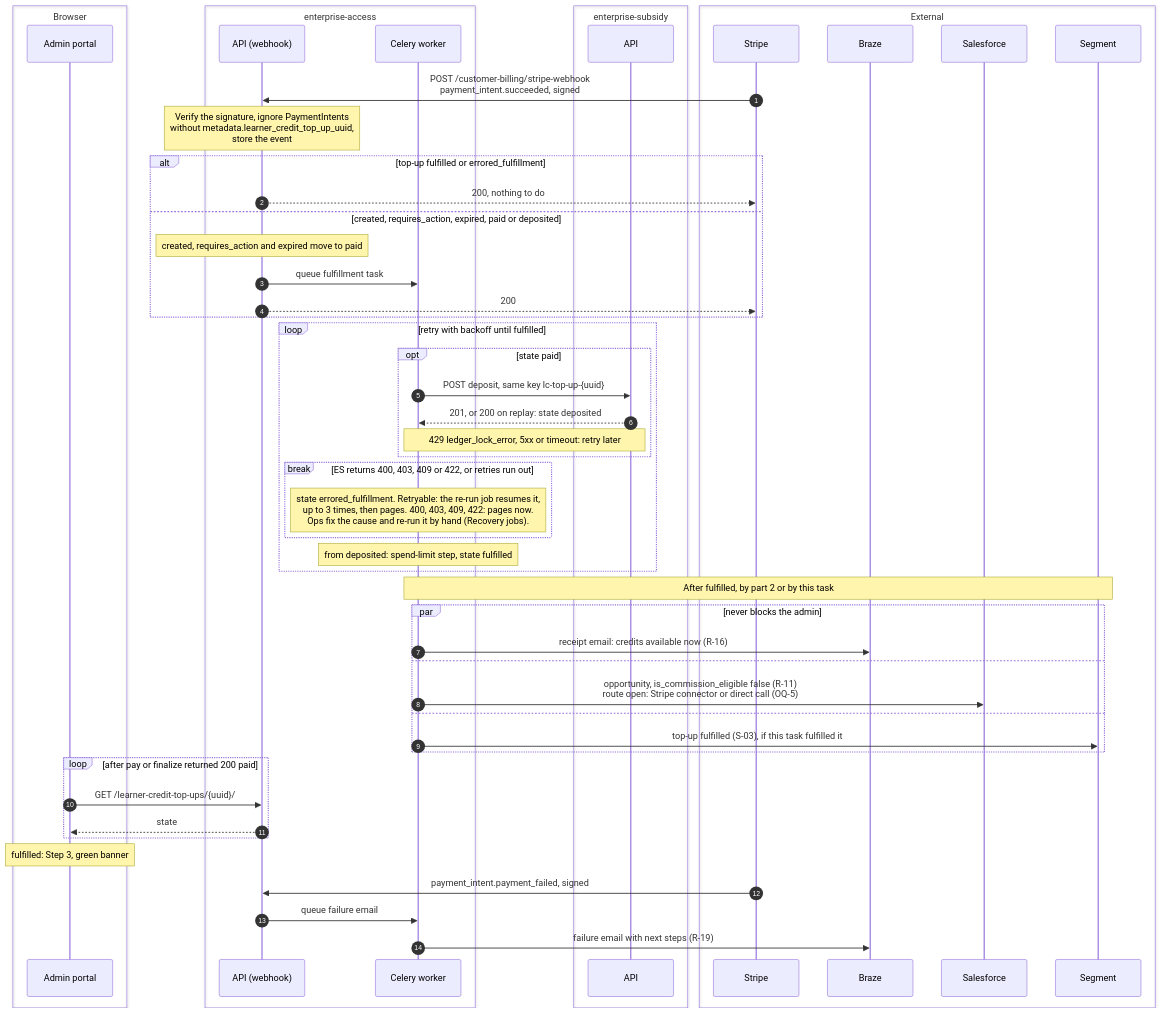
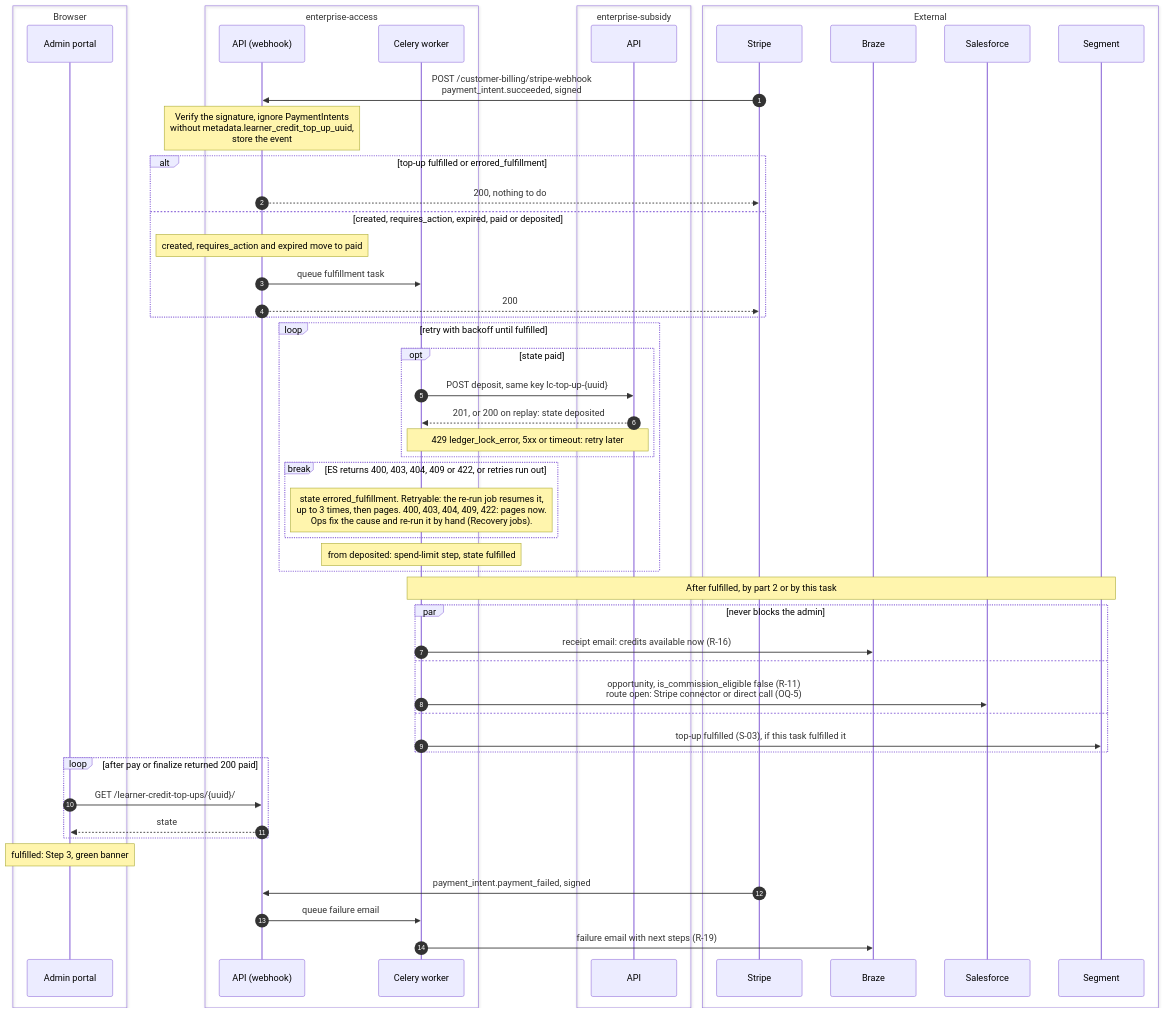
Before and after one commit to edx/enterprise-access: the fifth of 5 diagrams in docs/plans/tech-spec.md, drawn with Mermaid. The commit also changed other lines of this file and 1 other file, not shown here.

````diff
--- a/docs/plans/tech-spec.md
+++ b/docs/plans/tech-spec.md
@@ -1154,61 +1355,61 @@
 ```mermaid
 sequenceDiagram
     autonumber
     box Browser
         participant AP as Admin portal
     end
     box enterprise-access
         participant EA as API (webhook)
         participant W as Celery worker
     end
     box enterprise-subsidy
         participant ES as API
     end
     box External
         participant ST as Stripe
         participant BR as Braze
         participant SF as Salesforce
         participant SG as Segment
     end
 
     ST->>EA: POST /customer-billing/stripe-webhook<br/>payment_intent.succeeded, signed
     Note over EA: Verify the signature, ignore PaymentIntents<br/>without metadata.learner_credit_top_up_uuid,<br/>store the event
     alt top-up fulfilled or errored_fulfillment
         EA-->>ST: 200, nothing to do
     else created, requires_action, expired, paid or deposited
         Note over EA: created, requires_action and expired move to paid
         EA->>W: queue fulfillment task
         EA-->>ST: 200
     end
 
     loop retry with backoff until fulfilled
         opt state paid
             W->>ES: POST deposit, same key lc-top-up-{uuid}
             ES-->>W: 201, or 200 on replay: state deposited
             Note over W,ES: 429 ledger_lock_error, 5xx or timeout: retry later
         end
-        break ES returns 400, 403, 409 or 422, or retries run out
-            Note over W: state errored_fulfillment. Retryable: the re-run job resumes it,<br/>up to 3 times, then pages. 400, 403, 409, 422: pages now.<br/>Ops fix the cause and re-run it by hand (Recovery jobs).
+        break ES returns 400, 403, 404, 409 or 422, or retries run out
+            Note over W: state errored_fulfillment. Retryable: the re-run job resumes it,<br/>up to 3 times, then pages. 400, 403, 404, 409, 422: pages now.<br/>Ops fix the cause and re-run it by hand (Recovery jobs).
         end
         Note over W: from deposited: spend-limit step, state fulfilled
     end
 
     Note over W,SG: After fulfilled, by part 2 or by this task
     par never blocks the admin
         W->>BR: receipt email: credits available now (R-16)
     and
         W->>SF: opportunity, is_commission_eligible false (R-11)<br/>route open: Stripe connector or direct call (OQ-5)
     and
         W->>SG: top-up fulfilled (S-03), if this task fulfilled it
     end
 
     loop after pay or finalize returned 200 paid
         AP->>EA: GET /learner-credit-top-ups/{uuid}/
         EA-->>AP: state
     end
     Note over AP: fulfilled: Step 3, green banner
 
     ST->>EA: payment_intent.payment_failed, signed
     EA->>W: queue failure email
     W->>BR: failure email with next steps (R-19)
 ```
````
